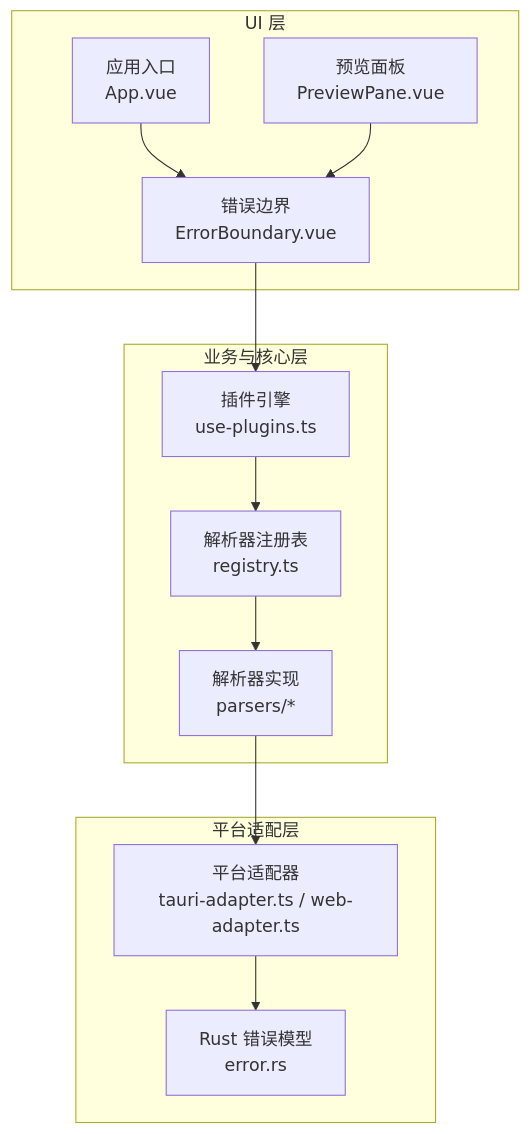
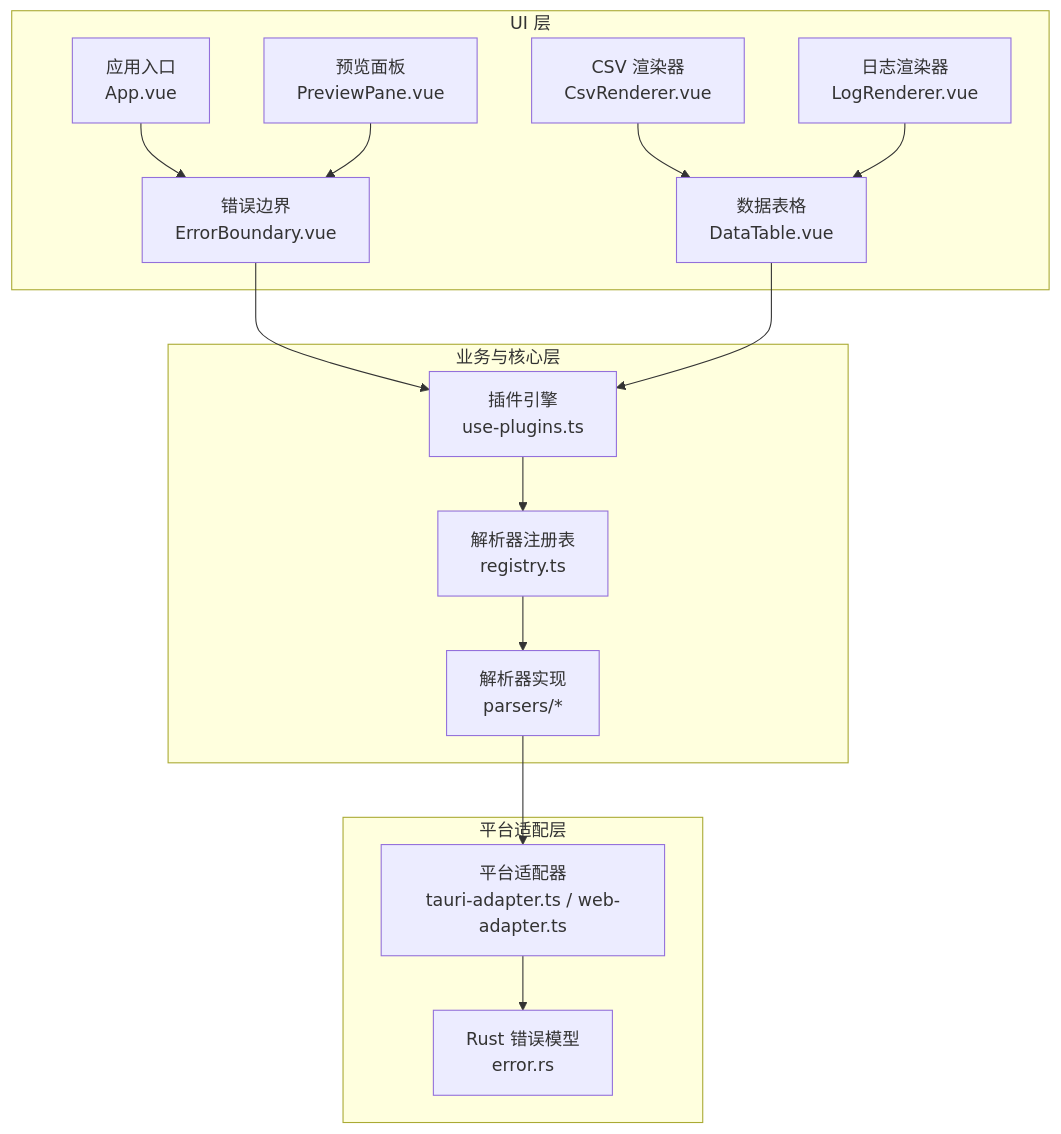
Before and after one commit to taoweidong/Hello-Tauri: the second of 6 diagrams in .qoder/repowiki/zh/content/架构设计/组件层次结构/共享组件.md, drawn with Mermaid. The commit also changed other lines of this file and 13 other files, not shown here.

First line of the commit message:
feat: 新增 DataTable 公共表格组件并重构渲染器

````diff
--- a/.qoder/repowiki/zh/content/架构设计/组件层次结构/共享组件.md
+++ b/.qoder/repowiki/zh/content/架构设计/组件层次结构/共享组件.md
@@ -62,24 +94,30 @@
 ```mermaid
 graph TB
 subgraph "UI 层"
 EB["错误边界<br/>ErrorBoundary.vue"]
+DT["数据表格<br/>DataTable.vue"]
 RP["预览面板<br/>PreviewPane.vue"]
 APP["应用入口<br/>App.vue"]
+CR["CSV 渲染器<br/>CsvRenderer.vue"]
+LR["日志渲染器<br/>LogRenderer.vue"]
 end
 subgraph "业务与核心层"
 PE["插件引擎<br/>use-plugins.ts"]
 PS["解析器注册表<br/>registry.ts"]
 PC["解析器实现<br/>parsers/*"]
 end
 subgraph "平台适配层"
 AD["平台适配器<br/>tauri-adapter.ts / web-adapter.ts"]
 RS["Rust 错误模型<br/>error.rs"]
 end
 APP --> EB
 RP --> EB
 EB --> PE
+CR --> DT
+LR --> DT
+DT --> PE
 PE --> PS
 PS --> PC
 PC --> AD
 AD --> RS
 ```
````
